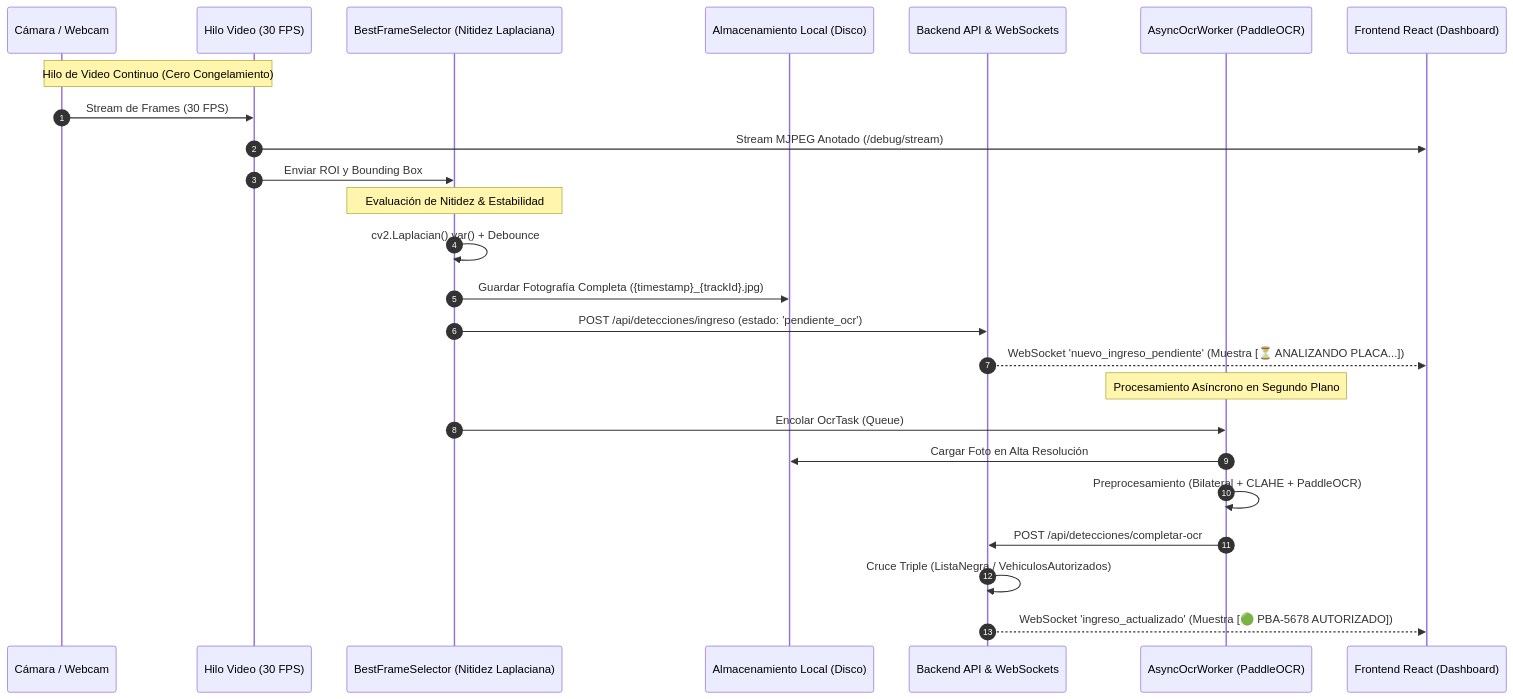
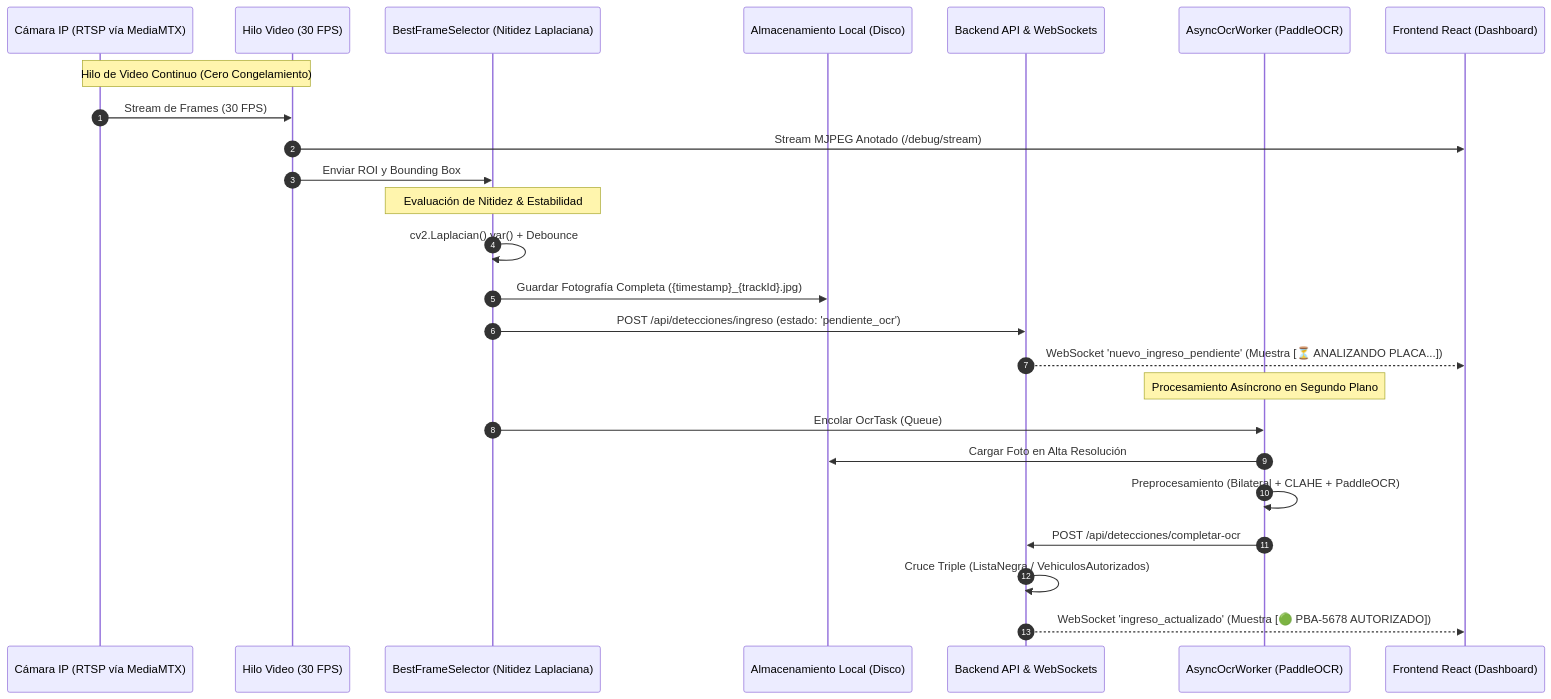
Before and after one commit to SebastianGuerrero27/NOVANPR: the diagram in walkthrough_dos_fases.md, drawn with Mermaid. The commit also changed 80 other files, not shown here.

````diff
--- a/walkthrough_dos_fases.md
+++ b/walkthrough_dos_fases.md
@@ -5,30 +5,30 @@
 ```mermaid
 sequenceDiagram
     autonumber
-    participant Cam as Cámara / Webcam
+    participant Cam as Cámara IP (RTSP vía MediaMTX)
     participant Vid as Hilo Video (30 FPS)
     participant Sel as BestFrameSelector (Nitidez Laplaciana)
     participant Disk as Almacenamiento Local (Disco)
     participant Node as Backend API & WebSockets
     participant Worker as AsyncOcrWorker (PaddleOCR)
     participant UI as Frontend React (Dashboard)
 
     Note over Cam,Vid: Hilo de Video Continuo (Cero Congelamiento)
     Cam->>Vid: Stream de Frames (30 FPS)
     Vid->>UI: Stream MJPEG Anotado (/debug/stream)
     Vid->>Sel: Enviar ROI y Bounding Box
 
     Note over Sel: Evaluación de Nitidez & Estabilidad
     Sel->>Sel: cv2.Laplacian().var() + Debounce
     Sel->>Disk: Guardar Fotografía Completa ({timestamp}_{trackId}.jpg)
     Sel->>Node: POST /api/detecciones/ingreso (estado: 'pendiente_ocr')
     Node-->>UI: WebSocket 'nuevo_ingreso_pendiente' (Muestra [⏳ ANALIZANDO PLACA...])
 
     Note over Worker: Procesamiento Asíncrono en Segundo Plano
     Sel->>Worker: Encolar OcrTask (Queue)
     Worker->>Disk: Cargar Foto en Alta Resolución
     Worker->>Worker: Preprocesamiento (Bilateral + CLAHE + PaddleOCR)
     Worker->>Node: POST /api/detecciones/completar-ocr
     Node->>Node: Cruce Triple (ListaNegra / VehiculosAutorizados)
     Node-->>UI: WebSocket 'ingreso_actualizado' (Muestra [🟢 PBA-5678 AUTORIZADO])
 ```
````
